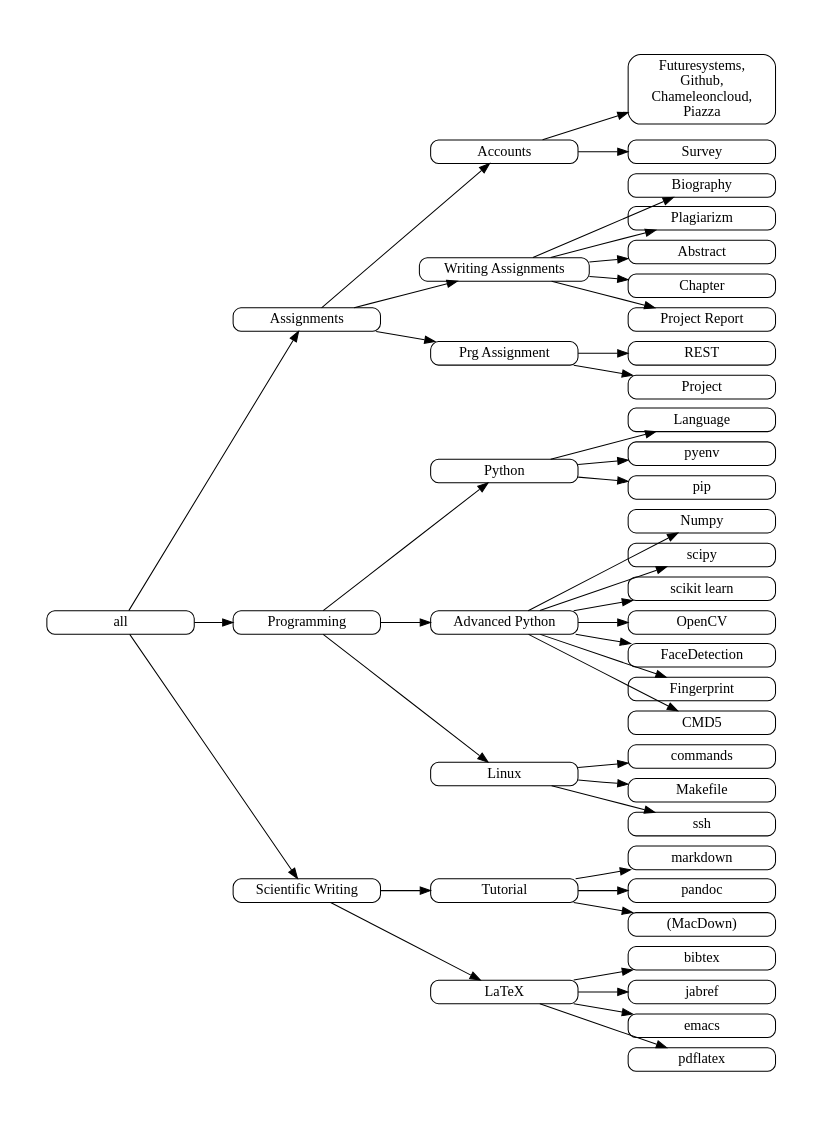
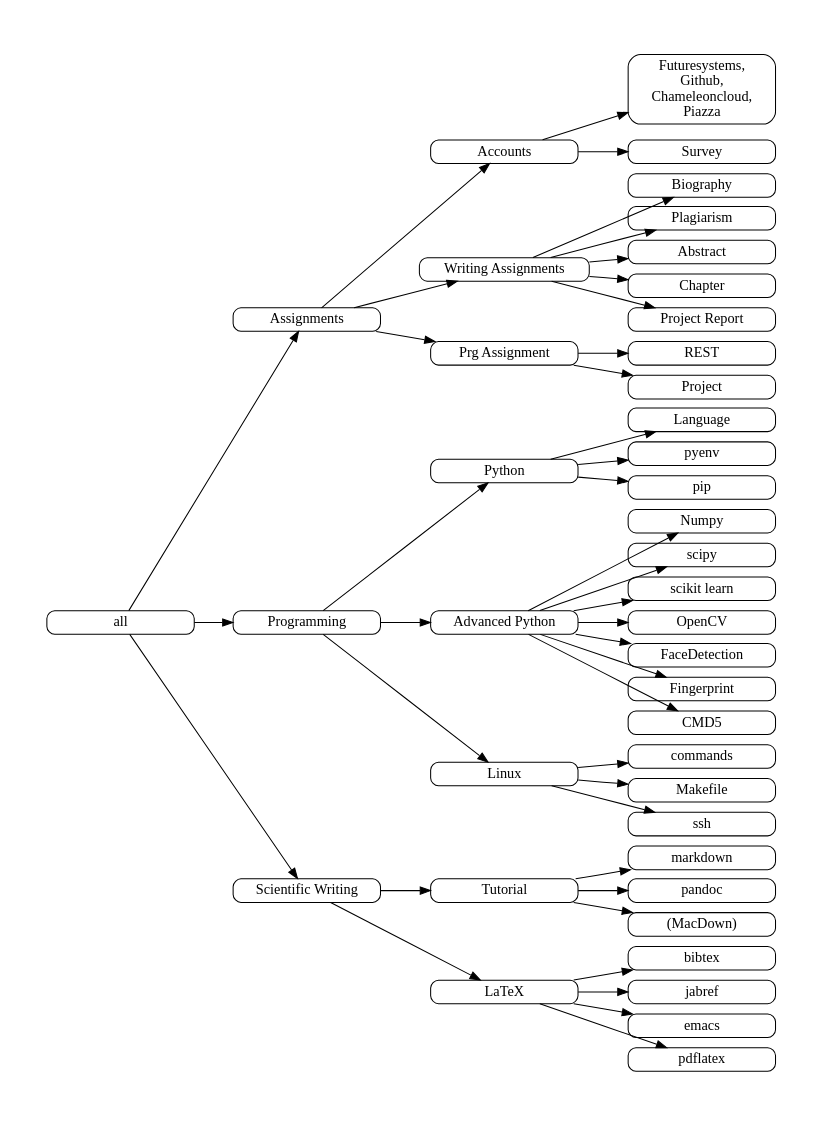
The diagram in chapters/class/graph-all.dot (cloudmesh-community/book), drawn with Graphviz before and after one commit. The commit also changed 17 other files, not shown here.

```diff
--- a/chapters/class/graph-all.dot
+++ b/chapters/class/graph-all.dot
@@ -1,50 +1,50 @@
 digraph G {
 ratio="fill";
  size="8.3,11.7!";
  margin=0;
 rankdir=LR;
  graph [pad="0.5", ranksep="0.525", nodesep="0.05"];
 splines=line;
 node [shape=box, style=rounded, shadow_offset=7, shadow_blur=5,width=2,height=0.05];
 
 all  -> Assignments;
         Assignments -> Accounts;
                        Accounts -> "Futuresystems,\nGithub,\nChameleoncloud,\nPiazza";
                        Accounts -> Survey;
         Assignments -> "Writing Assignments";
                        "Writing Assignments" -> Biography;
-                       "Writing Assignments" -> Plagiarizm;
+                       "Writing Assignments" -> Plagiarism;
                        "Writing Assignments" -> Abstract;
                        "Writing Assignments" -> Chapter;                       
                        "Writing Assignments" -> "Project Report";                                                                     
         Assignments -> "Prg Assignment";
                        "Prg Assignment" -> REST;
                        "Prg Assignment" -> Project;
 all  -> "Programming";
         "Programming" -> Python;
                                 Python -> Language;
                                 Python -> pyenv;
                                 Python -> pip;
         "Programming" -> "Advanced Python";                                
                                 "Advanced Python" -> "Numpy";
                                 "Advanced Python" -> "scipy";
                                 "Advanced Python" -> "scikit learn";
                                 "Advanced Python" -> "OpenCV";
                                 "Advanced Python" -> "FaceDetection";
                                 "Advanced Python" -> "Fingerprint";
                                 "Advanced Python" -> "CMD5";
         "Programming" -> "Linux";
                      "Linux" -> commands;
                      "Linux" -> Makefile;
                      "Linux" -> ssh;                
 all -> "Scientific Writing";
         "Scientific Writing" -> Tutorial -> "markdown";
                                 Tutorial -> "pandoc";
                                 Tutorial -> "(MacDown)";                                
         "Scientific Writing" -> "LaTeX";
                                 "LaTeX" -> bibtex;
                                 "LaTeX" -> jabref;
                                 "LaTeX" -> emacs;
                                 "LaTeX" -> pdflatex;
 
 }
```
